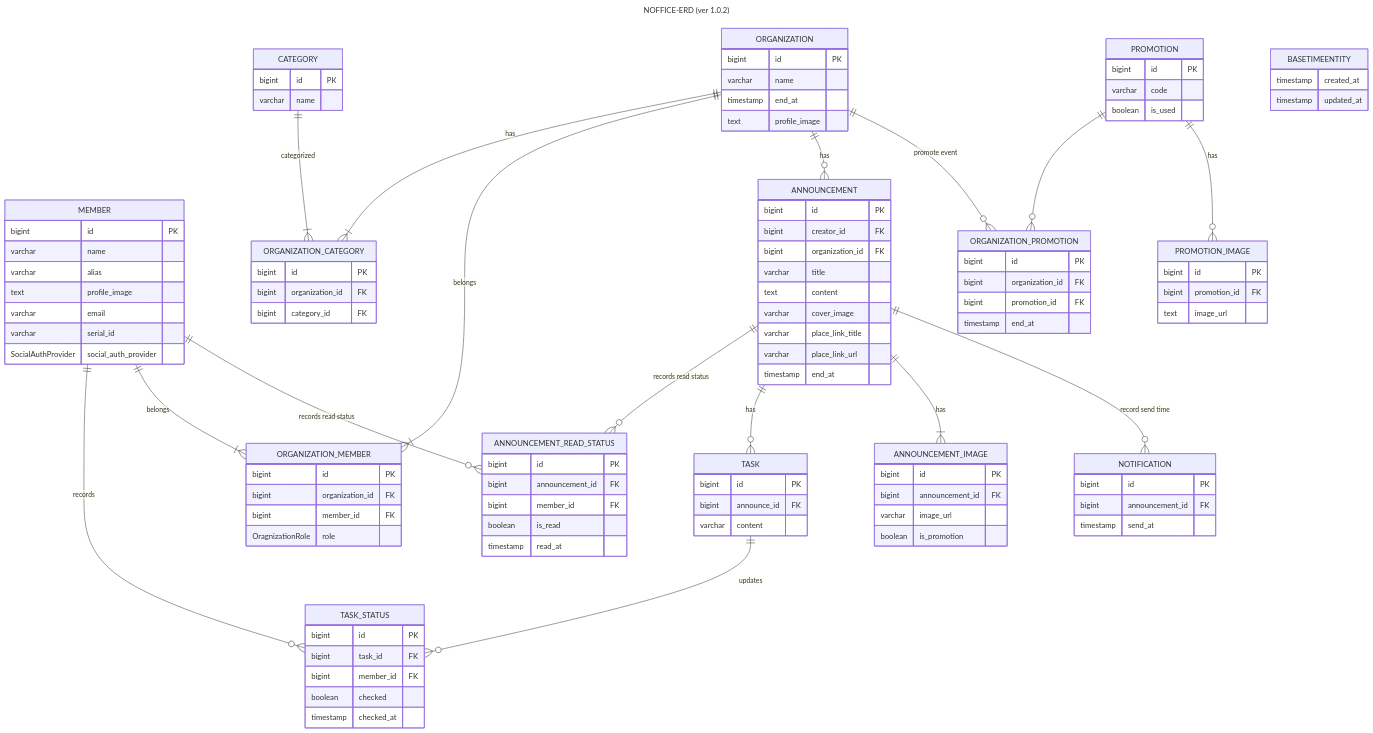
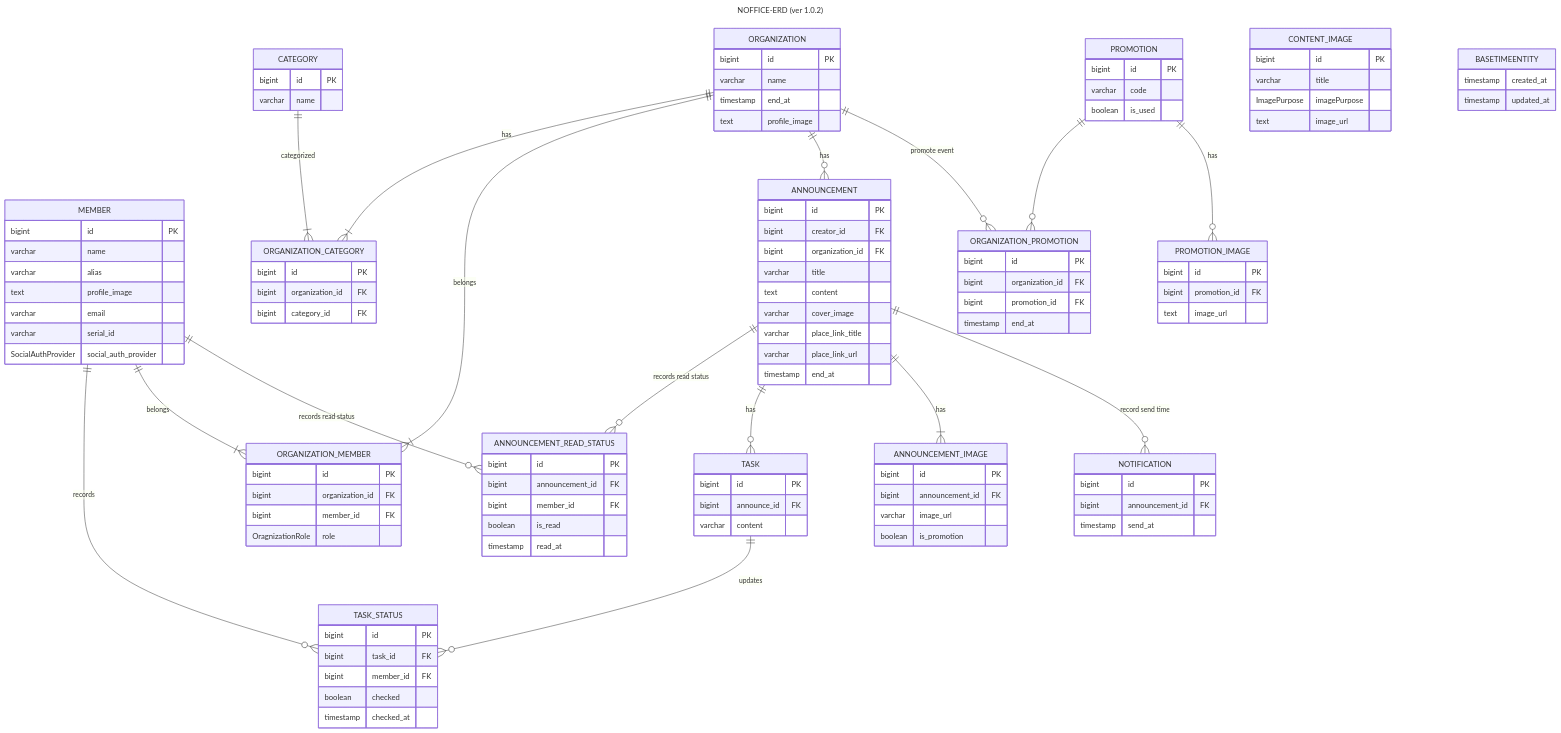
The diagram in docs/NOFFICE-erd.md (Team-Notitime/NOFFICE-SERVER), drawn with Mermaid before and after one commit. The commit also changed 1 other file, not shown here.

Commit message:
:art: docs: 이미지 저장 객체 ERD 기술 - swagger 중복 도메인 태그 제거

```diff
--- a/docs/NOFFICE-erd.md
+++ b/docs/NOFFICE-erd.md
@@ -120,6 +120,13 @@
         bigint announcement_id FK
         timestamp send_at
     }
+    
+    CONTENT_IMAGE {
+        bigint id PK
+        varchar title
+        ImagePurpose imagePurpose
+        text image_url
+    }
 
     BASETIMEENTITY {
         timestamp created_at
```
